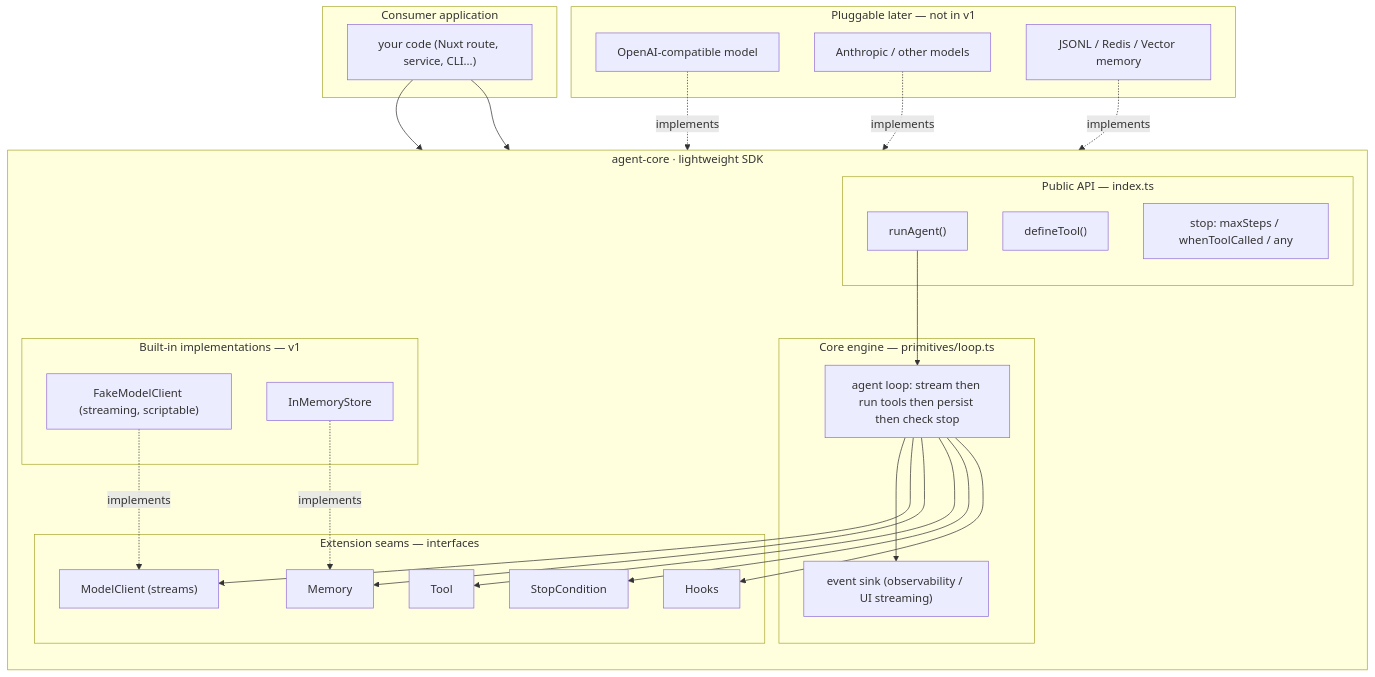
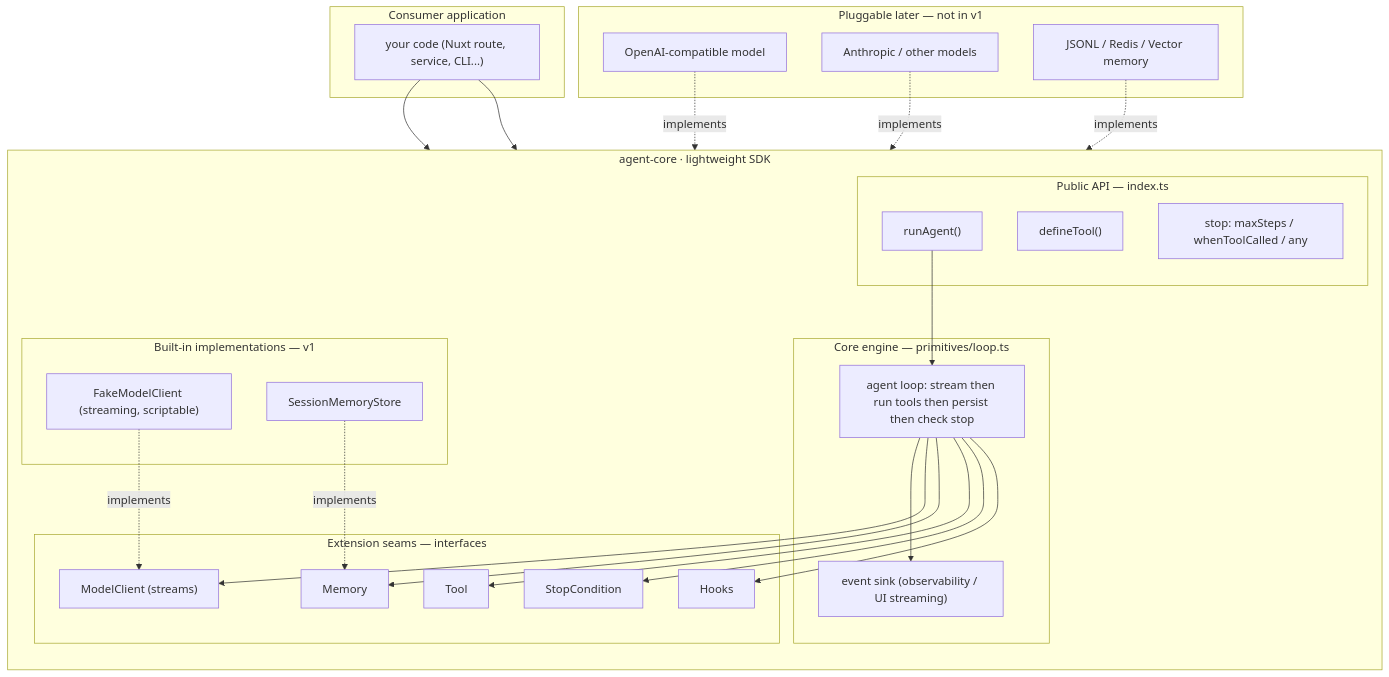
Before and after one commit to featherless-ai/open-agent-loops: the first of 4 diagrams in agent-core/docs/architecture.md, drawn with Mermaid. The commit also changed other lines of this file and 8 other files, not shown here.

First line of the commit message:
Rename InMemoryStore to SessionMemoryStore

````diff
--- a/agent-core/docs/architecture.md
+++ b/agent-core/docs/architecture.md
@@ -14,56 +14,56 @@
 ```mermaid
 flowchart TB
     subgraph Consumer["Consumer application"]
         APP["your code (Nuxt route, service, CLI...)"]
     end
 
     subgraph SDK["agent-core · lightweight SDK"]
         direction TB
 
         subgraph API["Public API — index.ts"]
             RUN["runAgent()"]
             DEF["defineTool()"]
             STOPS["stop: maxSteps / whenToolCalled / any"]
         end
 
         subgraph CORE["Core engine — primitives/loop.ts"]
             LOOP["agent loop: stream then run tools then persist then check stop"]
             EVT["event sink (observability / UI streaming)"]
         end
 
         subgraph SEAMS["Extension seams — interfaces"]
             MC["ModelClient (streams)"]
             MEM["Memory"]
             TOOL["Tool"]
             STOP["StopCondition"]
             HOOK["Hooks"]
         end
 
         subgraph BUILTIN["Built-in implementations — v1"]
             FAKE["FakeModelClient (streaming, scriptable)"]
-            INMEM["InMemoryStore"]
+            INMEM["SessionMemoryStore"]
         end
     end
 
     subgraph PLUG["Pluggable later — not in v1"]
         OAI["OpenAI-compatible model"]
         ANTH["Anthropic / other models"]
         DUR["JSONL / Redis / Vector memory"]
     end
 
     APP --> RUN
     APP --> DEF
     RUN --> LOOP
     LOOP --> EVT
     LOOP --> MC
     LOOP --> MEM
     LOOP --> TOOL
     LOOP --> STOP
     LOOP --> HOOK
 
     FAKE -. implements .-> MC
     INMEM -. implements .-> MEM
     OAI -. implements .-> MC
     ANTH -. implements .-> MC
     DUR -. implements .-> MEM
 ```
````
